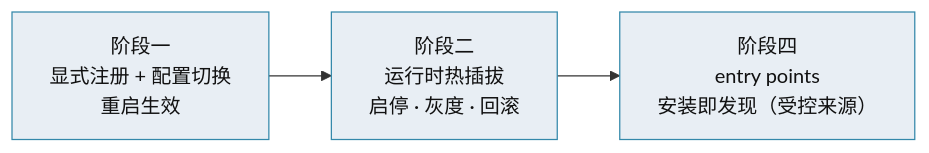
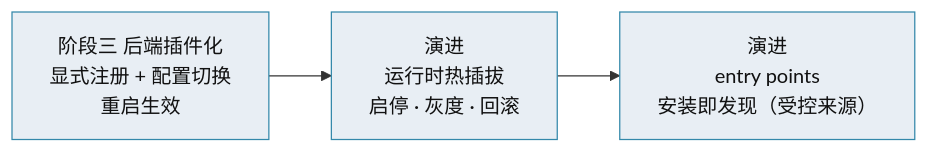
The third of 4 diagrams in bms文档/设计/架构设计/10_架构设计_子系统_扩展点与插件化.md (minjian123/basic-management-system), drawn with Mermaid before and after one commit. The commit also changed other lines of this file and 43 other files, not shown here.

````diff
--- a/bms文档/设计/架构设计/10_架构设计_子系统_扩展点与插件化.md
+++ b/bms文档/设计/架构设计/10_架构设计_子系统_扩展点与插件化.md
@@ -80,5 +80,5 @@
 ```mermaid
 flowchart LR
-    S1["阶段一<br/>显式注册 + 配置切换<br/>重启生效"]:::s --> S2["阶段二<br/>运行时热插拔<br/>启停 · 灰度 · 回滚"]:::s --> S3["阶段四<br/>entry points<br/>安装即发现（受控来源）"]:::s
+    S1["阶段三 后端插件化<br/>显式注册 + 配置切换<br/>重启生效"]:::s --> S2["演进<br/>运行时热插拔<br/>启停 · 灰度 · 回滚"]:::s --> S3["演进<br/>entry points<br/>安装即发现（受控来源）"]:::s
     classDef s fill:#e8eef4,stroke:#38a,color:#111
 ```
````
